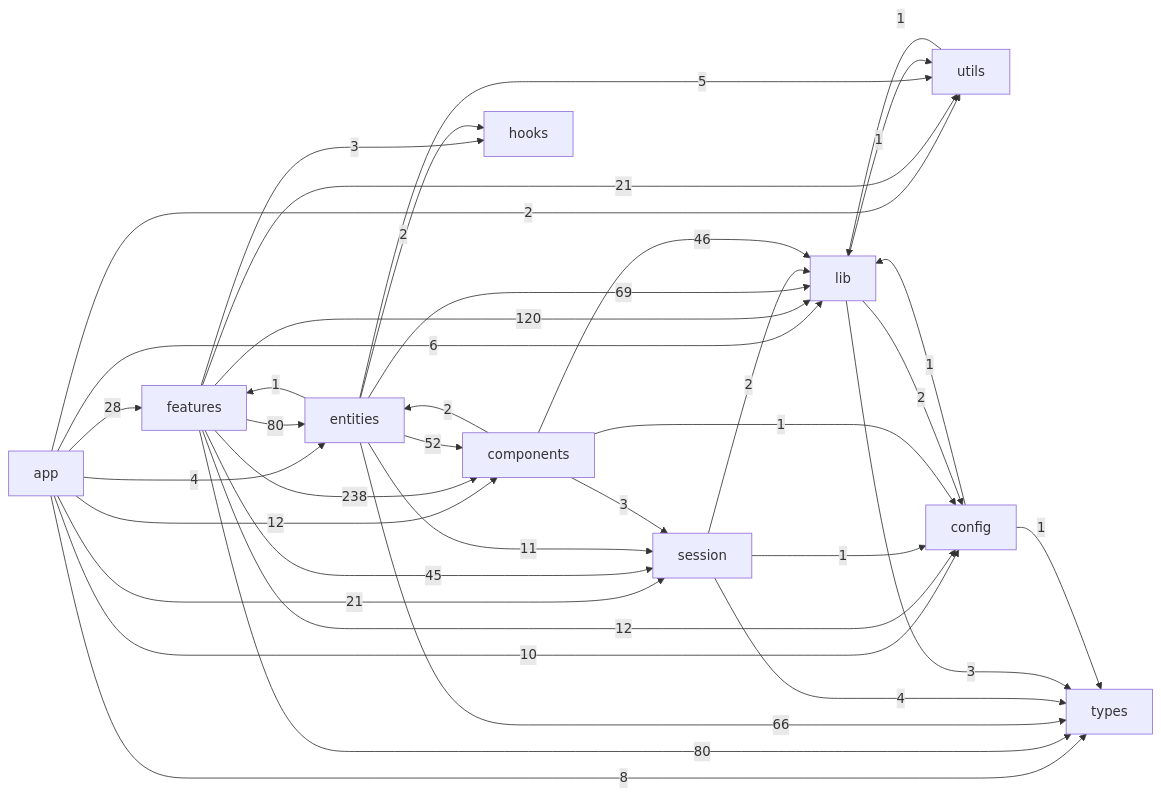
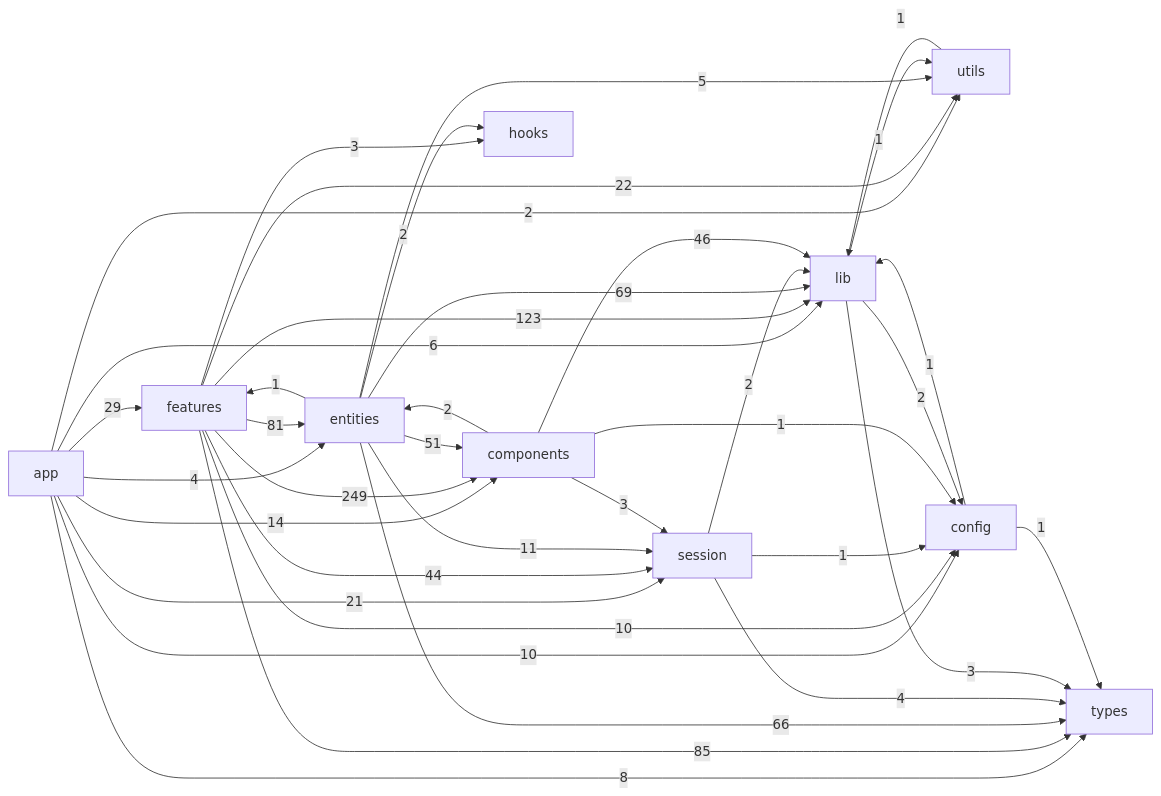
Before and after one commit to JohnnyZhao2/LMS: the diagram in lms_frontend/docs/generated/feature-dependency-graph.md, drawn with Mermaid. The commit also changed other lines of this file and 33 other files, not shown here.

````diff
--- a/lms_frontend/docs/generated/feature-dependency-graph.md
+++ b/lms_frontend/docs/generated/feature-dependency-graph.md
@@ -7,49 +7,49 @@
 ```mermaid
 flowchart LR
   app["app"]
   features["features"]
   entities["entities"]
   session["session"]
   components["components"]
   hooks["hooks"]
   lib["lib"]
   utils["utils"]
   config["config"]
   types["types"]
-  app -->|28| features
+  app -->|29| features
   app -->|4| entities
   app -->|21| session
-  app -->|12| components
+  app -->|14| components
   app -->|6| lib
   app -->|2| utils
   app -->|10| config
   app -->|8| types
-  features -->|80| entities
-  features -->|45| session
-  features -->|238| components
+  features -->|81| entities
+  features -->|44| session
+  features -->|249| components
   features -->|3| hooks
-  features -->|120| lib
-  features -->|21| utils
-  features -->|12| config
-  features -->|80| types
+  features -->|123| lib
+  features -->|22| utils
+  features -->|10| config
+  features -->|85| types
   entities -->|1| features
   entities -->|11| session
-  entities -->|52| components
+  entities -->|51| components
   entities -->|2| hooks
   entities -->|69| lib
   entities -->|5| utils
   entities -->|66| types
   session -->|2| lib
   session -->|1| config
   session -->|4| types
   components -->|2| entities
   components -->|3| session
   components -->|46| lib
   components -->|1| config
   lib -->|1| utils
   lib -->|2| config
   lib -->|3| types
   utils -->|1| lib
   config -->|1| lib
   config -->|1| types
 ```
````
